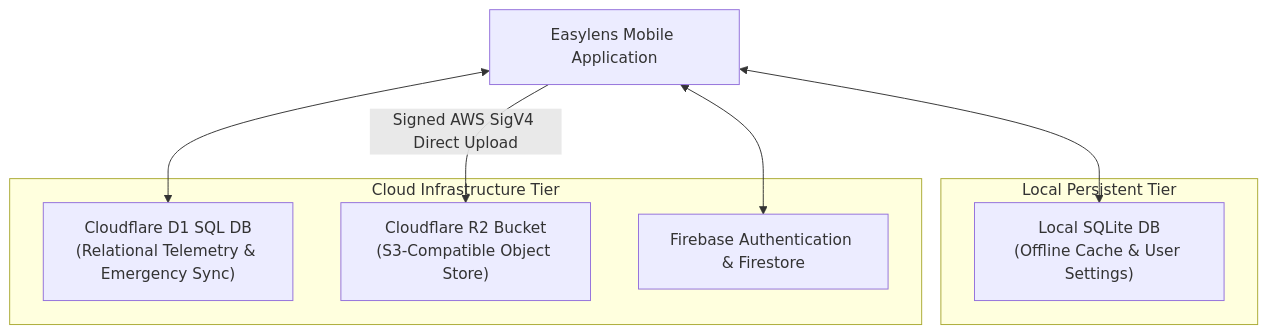
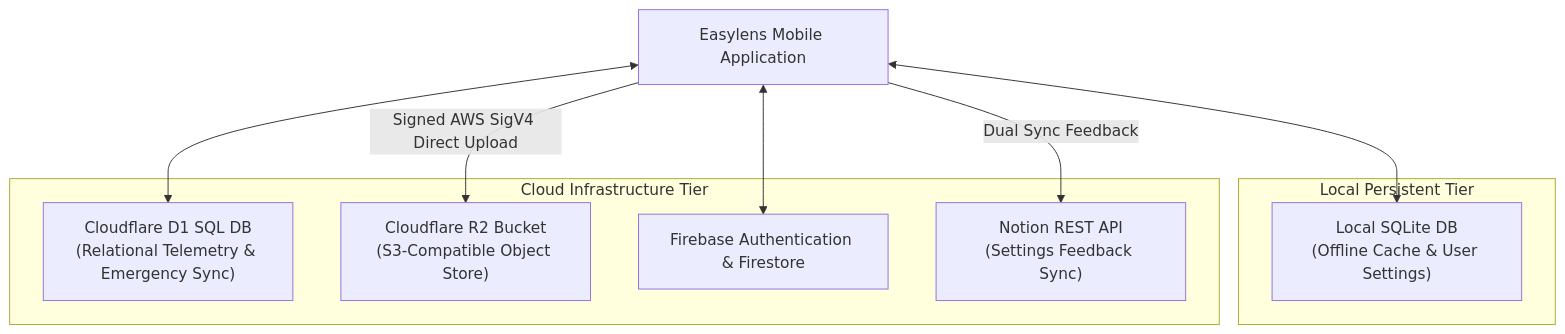
The second of 2 diagrams in docs/specifications/SOFTWARE_AND_HARDWARE_SPECIFICATIONS.md (Thes-IS-IT/Easylens), drawn with Mermaid before and after one commit. The commit also changed other lines of this file and 2 other files, not shown here.

Commit message:
docs: update technology stack & cloud architecture tables across documentation to include Notion API integration

````diff
--- a/docs/specifications/SOFTWARE_AND_HARDWARE_SPECIFICATIONS.md
+++ b/docs/specifications/SOFTWARE_AND_HARDWARE_SPECIFICATIONS.md
@@ -221,19 +221,21 @@
 ```mermaid
 graph TD
     APP["Easylens Mobile Application"]
 
     subgraph Local Storage ["Local Persistent Tier"]
         SQLITE["Local SQLite DB\n(Offline Cache & User Settings)"]
     end
 
     subgraph Cloud Storage ["Cloud Infrastructure Tier"]
         D1["Cloudflare D1 SQL DB\n(Relational Telemetry & Emergency Sync)"]
         R2["Cloudflare R2 Bucket\n(S3-Compatible Object Store)"]
         FIREBASE["Firebase Authentication & Firestore"]
+        NOTION["Notion REST API\n(Settings Feedback Sync)"]
     end
 
     APP <--> SQLITE
     APP <--> D1
     APP -->|"Signed AWS SigV4 Direct Upload"| R2
     APP <--> FIREBASE
+    APP -->|"Dual Sync Feedback"| NOTION
 ```
````
